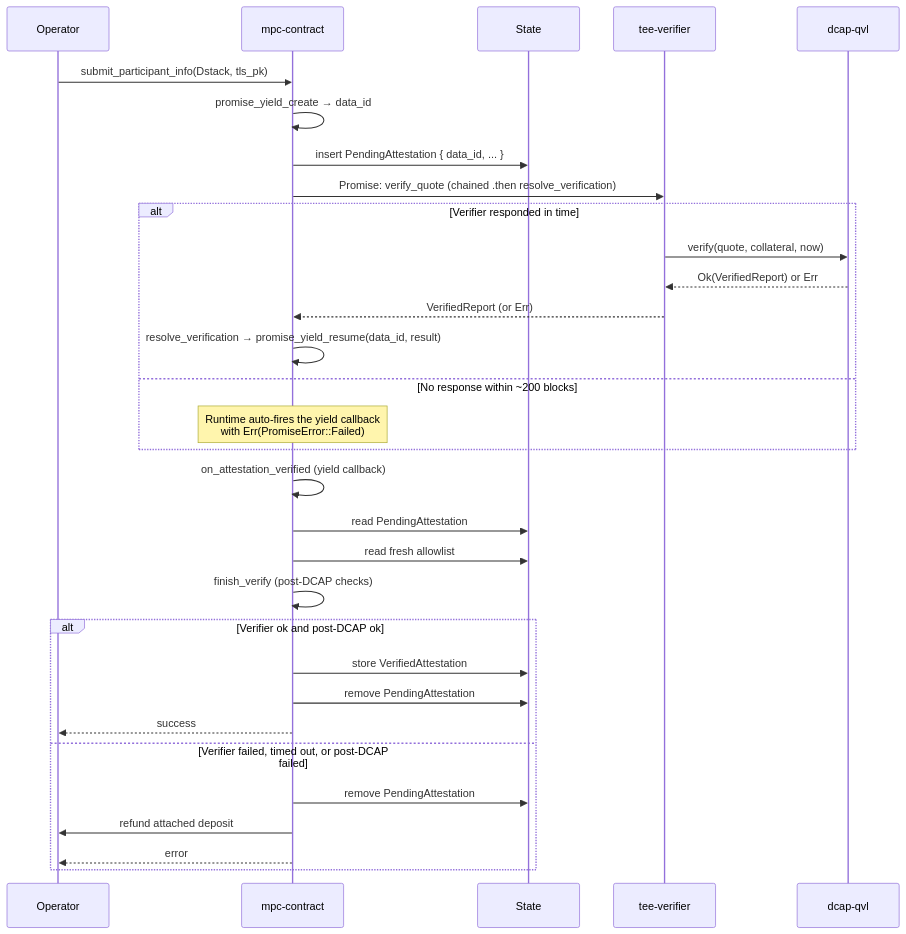
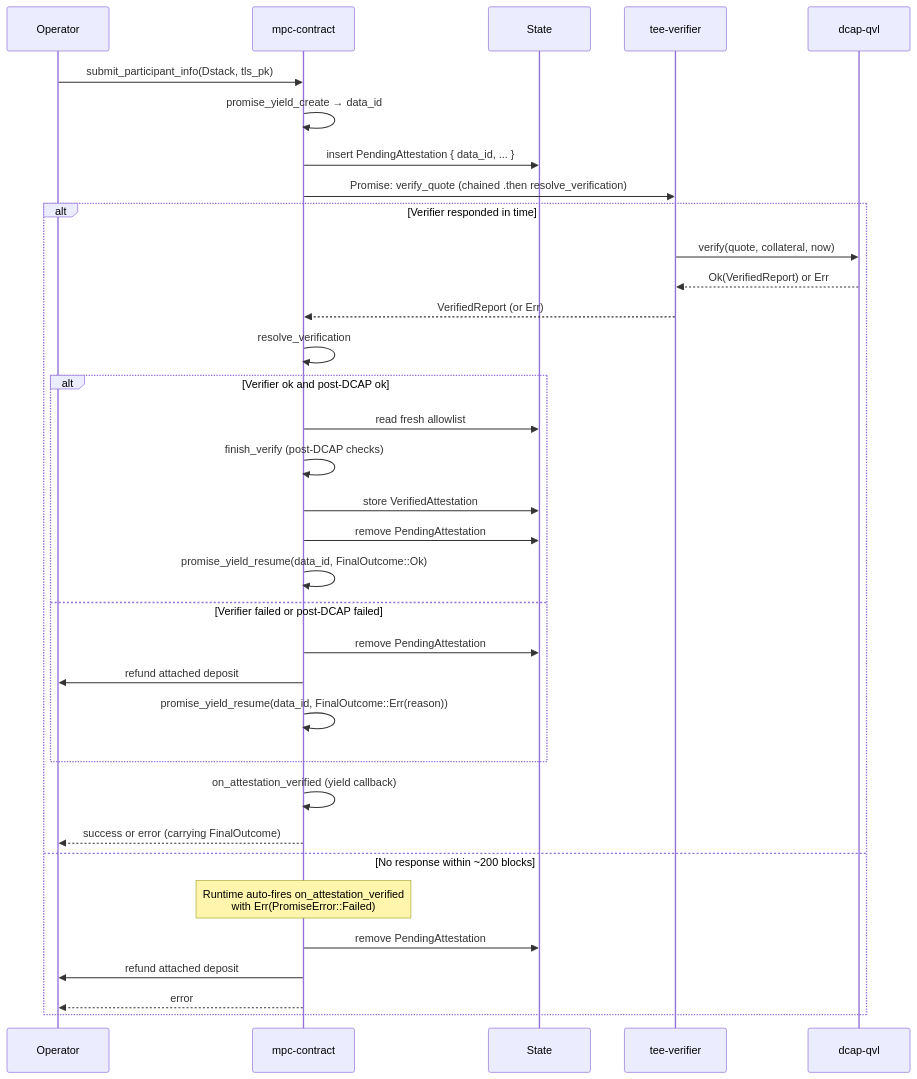
Before and after one commit to near/mpc: the third of 6 diagrams in docs/design/attestation-verifier-contract.md, drawn with Mermaid. The commit also changed other lines of this file, not shown here.

First line of the commit message:
docs(design): move post-DCAP work out of the yield-callback

````diff
--- a/docs/design/attestation-verifier-contract.md
+++ b/docs/design/attestation-verifier-contract.md
@@ -68,37 +68,38 @@
 ```mermaid
 sequenceDiagram
     participant Op as Operator
     participant MPC as mpc-contract
     participant State as State
     participant Ver as tee-verifier
     participant DCAP as dcap-qvl
 
     Op->>MPC: submit_participant_info(Dstack, tls_pk)
     MPC->>MPC: promise_yield_create → data_id
     MPC->>State: insert PendingAttestation { data_id, ... }
     MPC->>Ver: Promise: verify_quote (chained .then resolve_verification)
 
     alt Verifier responded in time
         Ver->>DCAP: verify(quote, collateral, now)
         DCAP-->>Ver: Ok(VerifiedReport) or Err
         Ver-->>MPC: VerifiedReport (or Err)
-        MPC->>MPC: resolve_verification → promise_yield_resume(data_id, result)
+        MPC->>MPC: resolve_verification
+        alt Verifier ok and post-DCAP ok
+            MPC->>State: read fresh allowlist
+            MPC->>MPC: finish_verify (post-DCAP checks)
+            MPC->>State: store VerifiedAttestation
+            MPC->>State: remove PendingAttestation
+            MPC->>MPC: promise_yield_resume(data_id, FinalOutcome::Ok)
+        else Verifier failed or post-DCAP failed
+            MPC->>State: remove PendingAttestation
+            MPC->>Op: refund attached deposit
+            MPC->>MPC: promise_yield_resume(data_id, FinalOutcome::Err(reason))
+        end
+        MPC->>MPC: on_attestation_verified (yield callback)
+        MPC-->>Op: success or error (carrying FinalOutcome)
     else No response within ~200 blocks
-        Note over MPC: Runtime auto-fires the yield callback<br/>with Err(PromiseError::Failed)
-    end
-
-    MPC->>MPC: on_attestation_verified (yield callback)
-    MPC->>State: read PendingAttestation
-    MPC->>State: read fresh allowlist
-    MPC->>MPC: finish_verify (post-DCAP checks)
-
-    alt Verifier ok and post-DCAP ok
-        MPC->>State: store VerifiedAttestation
-        MPC->>State: remove PendingAttestation
-        MPC-->>Op: success
-    else Verifier failed, timed out, or post-DCAP failed
+        Note over MPC: Runtime auto-fires on_attestation_verified<br/>with Err(PromiseError::Failed)
         MPC->>State: remove PendingAttestation
         MPC->>Op: refund attached deposit
         MPC-->>Op: error
     end
 ```
````
